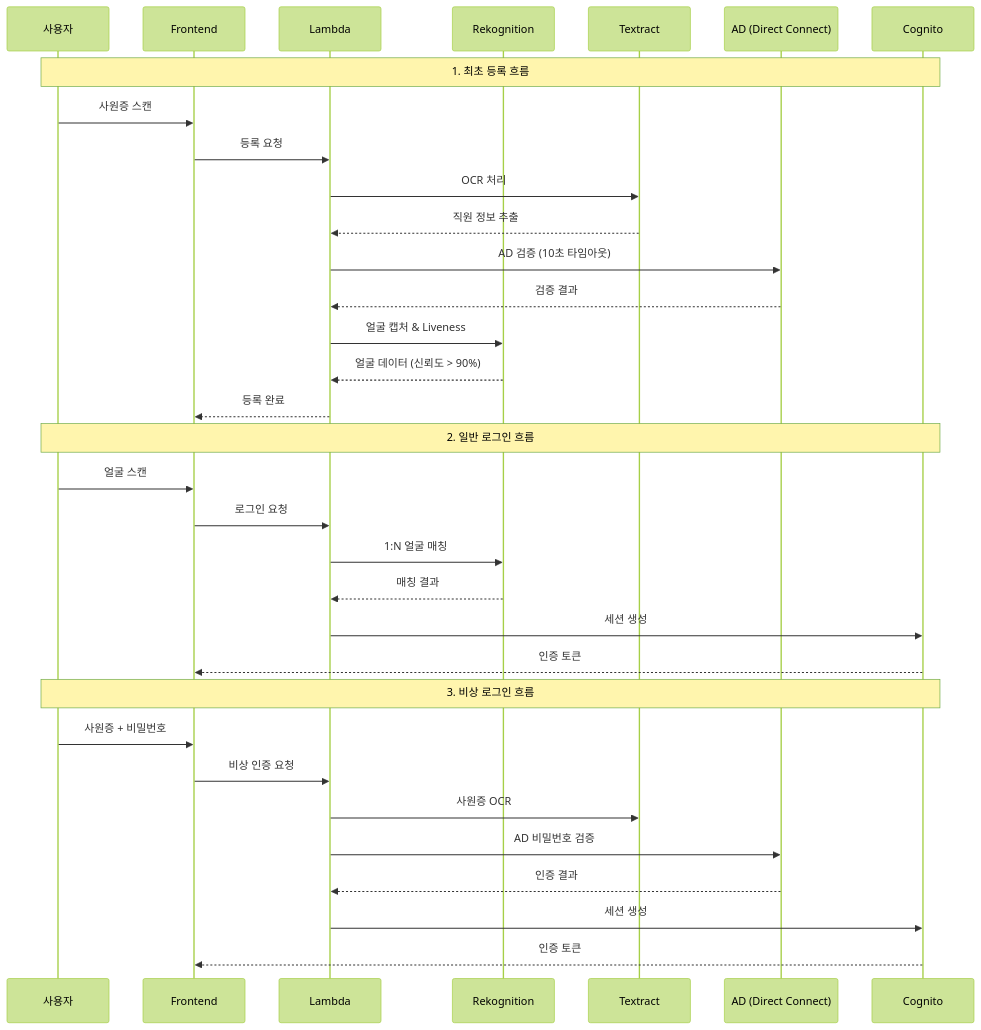
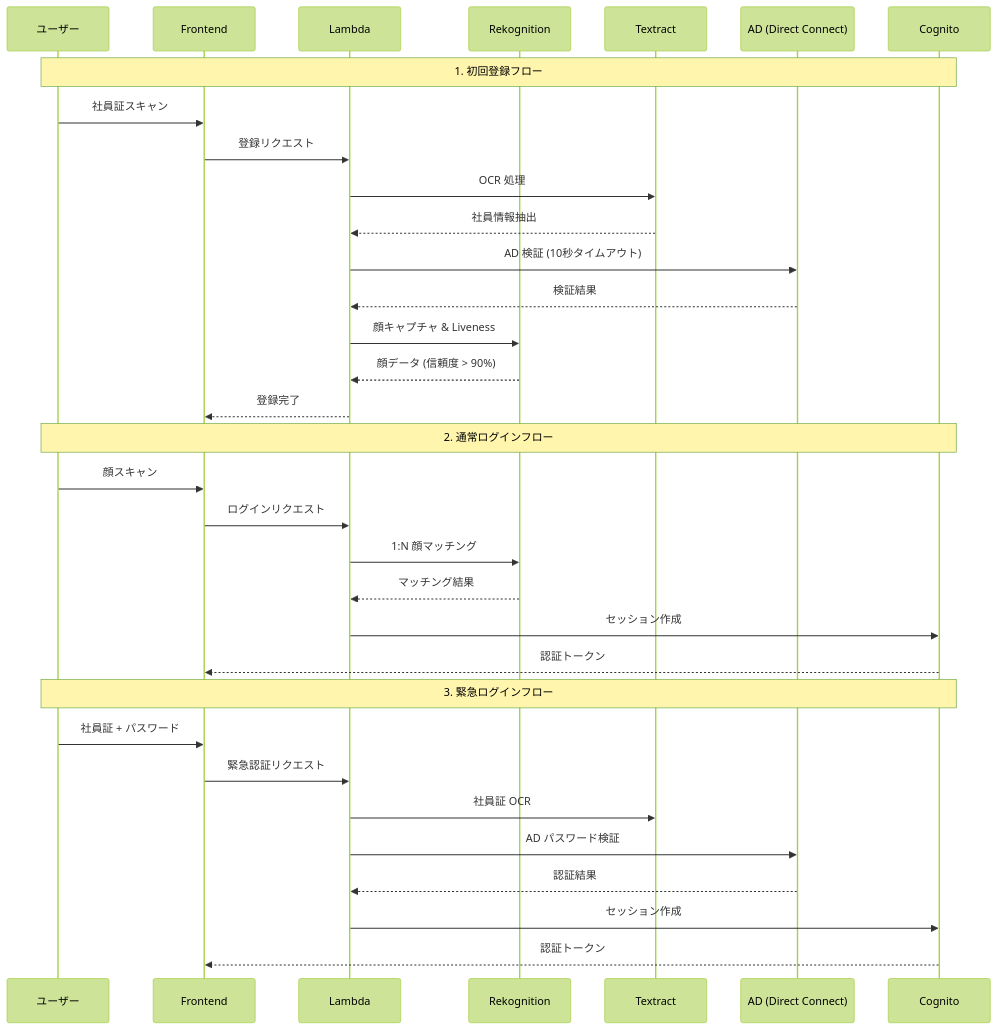
One commit to kang-ppih/face-auth changed the second of 2 diagrams in .kiro/specs/face-auth/design.md. Above: the diagram before and after it, drawn with Mermaid (forest theme). The commit also changed other lines of this file and 1 other file, not shown here.

````diff
--- a/.kiro/specs/face-auth/design.md
+++ b/.kiro/specs/face-auth/design.md
@@ -68,38 +68,38 @@
 ```mermaid
 sequenceDiagram
-    participant U as 사용자
+    participant U as ユーザー
     participant F as Frontend
     participant L as Lambda
     participant R as Rekognition
     participant T as Textract
     participant A as AD (Direct Connect)
     participant C as Cognito
     
-    Note over U,C: 1. 최초 등록 흐름
-    U->>F: 사원증 스캔
-    F->>L: 등록 요청
-    L->>T: OCR 처리
-    T-->>L: 직원 정보 추출
-    L->>A: AD 검증 (10초 타임아웃)
-    A-->>L: 검증 결과
-    L->>R: 얼굴 캡처 & Liveness
-    R-->>L: 얼굴 데이터 (신뢰도 > 90%)
-    L-->>F: 등록 완료
+    Note over U,C: 1. 初回登録フロー
+    U->>F: 社員証スキャン
+    F->>L: 登録リクエスト
+    L->>T: OCR 処理
+    T-->>L: 社員情報抽出
+    L->>A: AD 検証 (10秒タイムアウト)
+    A-->>L: 検証結果
+    L->>R: 顔キャプチャ & Liveness
+    R-->>L: 顔データ (信頼度 > 90%)
+    L-->>F: 登録完了
     
-    Note over U,C: 2. 일반 로그인 흐름
-    U->>F: 얼굴 스캔
-    F->>L: 로그인 요청
-    L->>R: 1:N 얼굴 매칭
-    R-->>L: 매칭 결과
-    L->>C: 세션 생성
-    C-->>F: 인증 토큰
+    Note over U,C: 2. 通常ログインフロー
+    U->>F: 顔スキャン
+    F->>L: ログインリクエスト
+    L->>R: 1:N 顔マッチング
+    R-->>L: マッチング結果
+    L->>C: セッション作成
+    C-->>F: 認証トークン
     
-    Note over U,C: 3. 비상 로그인 흐름
-    U->>F: 사원증 + 비밀번호
-    F->>L: 비상 인증 요청
-    L->>T: 사원증 OCR
-    L->>A: AD 비밀번호 검증
-    A-->>L: 인증 결과
-    L->>C: 세션 생성
-    C-->>F: 인증 토큰
+    Note over U,C: 3. 緊急ログインフロー
+    U->>F: 社員証 + パスワード
+    F->>L: 緊急認証リクエスト
+    L->>T: 社員証 OCR
+    L->>A: AD パスワード検証
+    A-->>L: 認証結果
+    L->>C: セッション作成
+    C-->>F: 認証トークン
 ```
````
